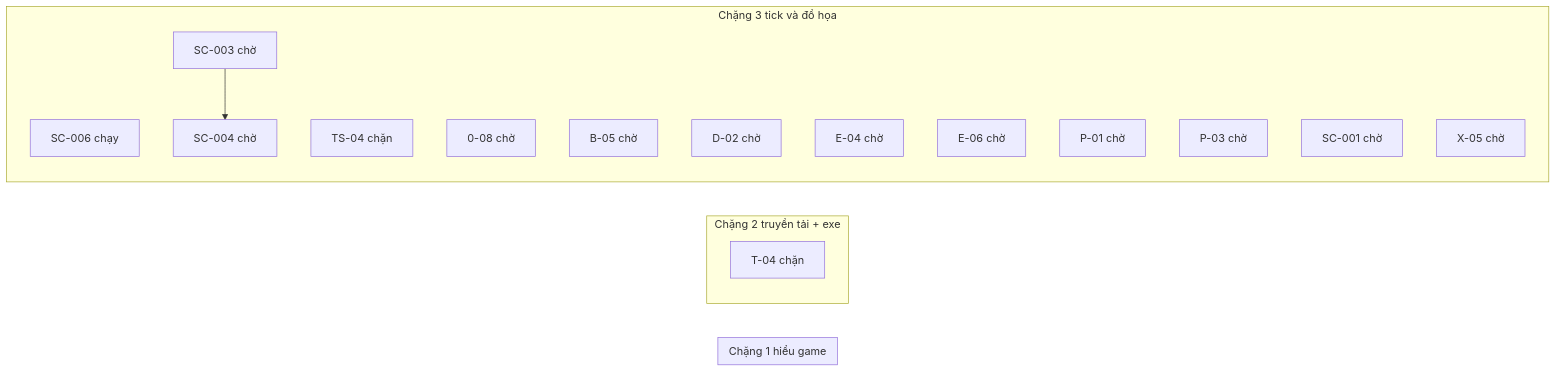
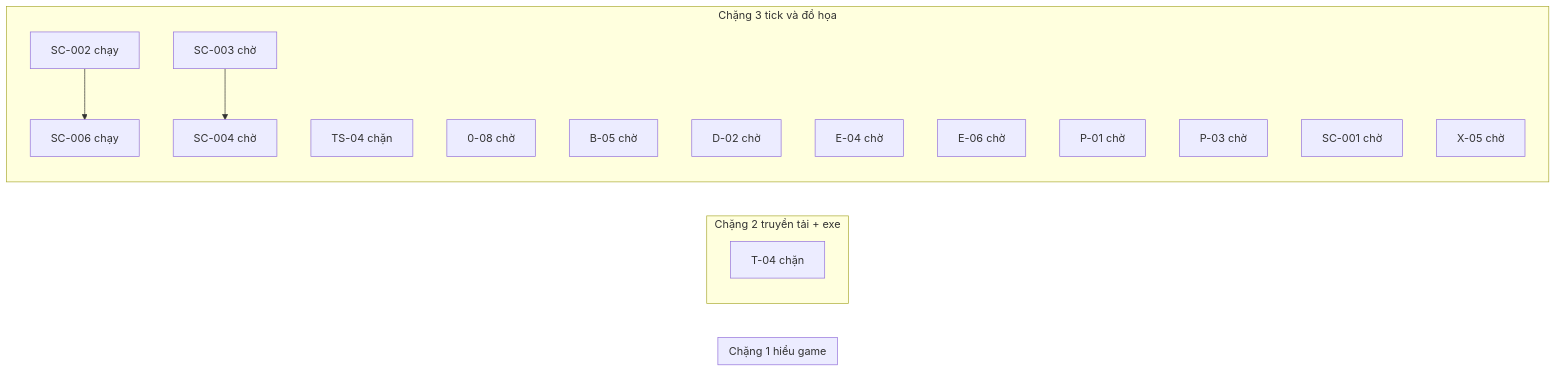
The diagram in JX1_OPS/STATE/TIEN-DO.md (ndtangoss-dev/jx1-reports), drawn with Mermaid before and after one commit. The commit also changed other lines of this file and 4 other files, not shown here.

````diff
--- a/JX1_OPS/STATE/TIEN-DO.md
+++ b/JX1_OPS/STATE/TIEN-DO.md
@@ -9,24 +9,26 @@
 ```mermaid
 flowchart LR
   subgraph S1["Chặng 1 hiểu game"]
   end
   subgraph S2["Chặng 2 truyền tải + exe"]
     T_04["T-04 chặn"]
   end
   subgraph S3["Chặng 3 tick và đồ họa"]
+    SC_002["SC-002 chạy"]
     SC_006["SC-006 chạy"]
     TS_04["TS-04 chặn"]
     0_08["0-08 chờ"]
     B_05["B-05 chờ"]
     D_02["D-02 chờ"]
     E_04["E-04 chờ"]
     E_06["E-06 chờ"]
     P_01["P-01 chờ"]
     P_03["P-03 chờ"]
     SC_001["SC-001 chờ"]
     SC_003["SC-003 chờ"]
     SC_004["SC-004 chờ"]
     X_05["X-05 chờ"]
   end
+  SC_002 --> SC_006
   SC_003 --> SC_004
 ```
````
